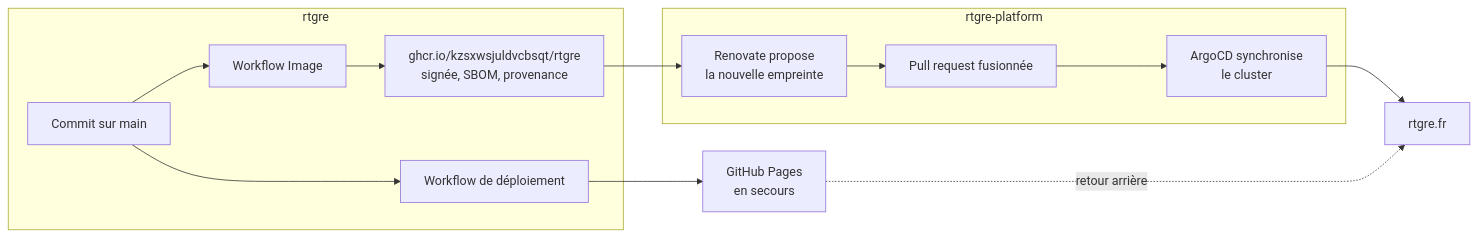
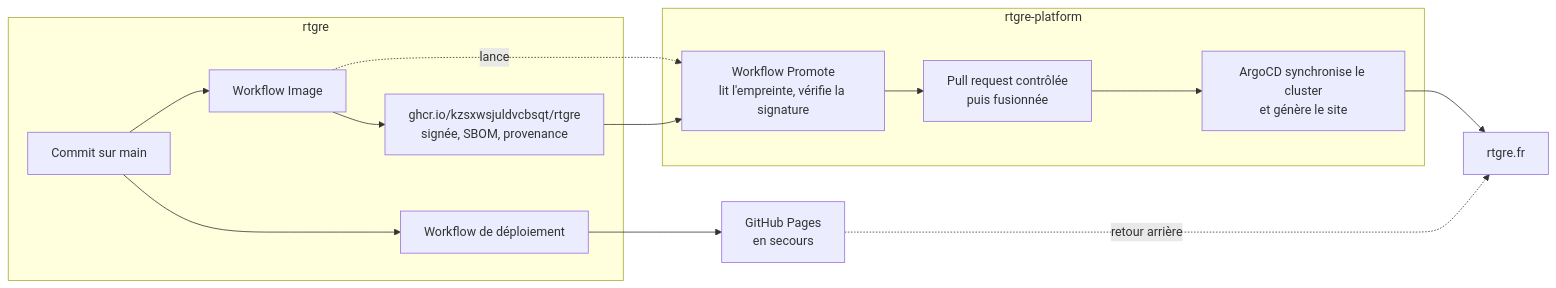
The second of 2 diagrams in README.md (kzsxwsjuldvcbsqt/rtgre), drawn with Mermaid before and after one commit. The commit also changed other lines of this file, not shown here.

Commit message:
docs(readme): décrit la mise en ligne sans intervention
Refs #50

````diff
--- a/README.md
+++ b/README.md
@@ -322,16 +322,17 @@
 ```mermaid
 flowchart LR
     subgraph rtgre
         A[Commit sur main] --> B[Workflow Image]
         B --> C[ghcr.io/kzsxwsjuldvcbsqt/rtgre<br>signée, SBOM, provenance]
         A --> P[Workflow de déploiement]
     end
     subgraph rtgre-platform
-        C --> D[Renovate propose<br>la nouvelle empreinte]
-        D --> E[Pull request fusionnée]
-        E --> F[ArgoCD synchronise<br>le cluster]
+        B -. lance .-> D[Workflow Promote<br>lit l'empreinte, vérifie la signature]
+        C --> D
+        D --> E[Pull request contrôlée<br>puis fusionnée]
+        E --> F[ArgoCD synchronise le cluster<br>et génère le site]
     end
     P --> G[GitHub Pages<br>en secours]
     F --> H[rtgre.fr]
     G -. retour arrière .-> H
 ```
````
